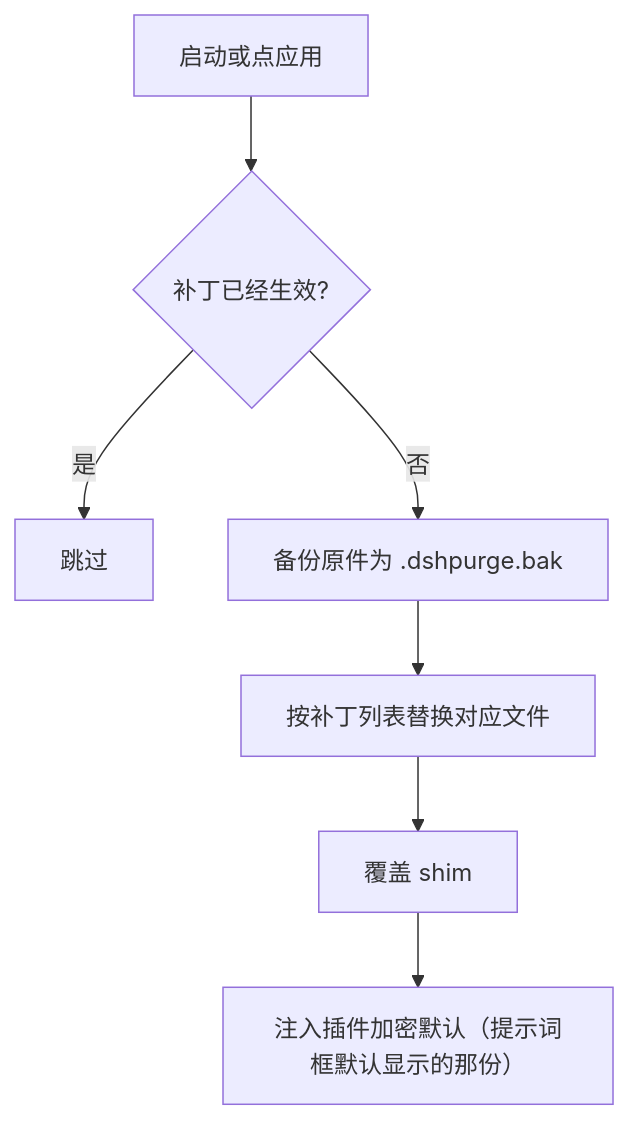
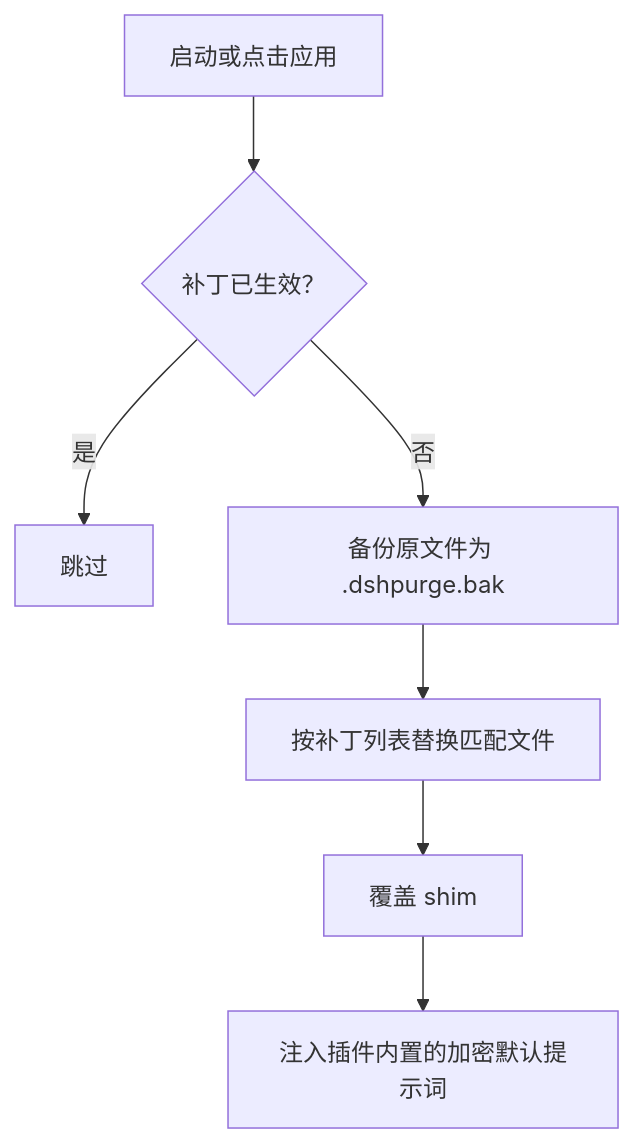
Before and after one commit to AcuteSZW/dsh-purge: the first of 3 diagrams in README.md, drawn with Mermaid. The commit also changed other lines of this file and 1 other file, not shown here.

````diff
--- a/README.md
+++ b/README.md
@@ -285,9 +273,9 @@
 ```mermaid
 flowchart TD
-  A["启动或点应用"] --> B{"补丁已经生效?"}
+  A["启动或点击应用"] --> B{"补丁已生效？"}
   B -->|是| C["跳过"]
-  B -->|否| D["备份原件为 .dshpurge.bak"]
-  D --> E["按补丁列表替换对应文件"]
+  B -->|否| D["备份原文件为 .dshpurge.bak"]
+  D --> E["按补丁列表替换匹配文件"]
   E --> F["覆盖 shim"]
-  F --> G["注入插件加密默认（提示词框默认显示的那份）"]
+  F --> G["注入插件内置的加密默认提示词"]
 ```
````
